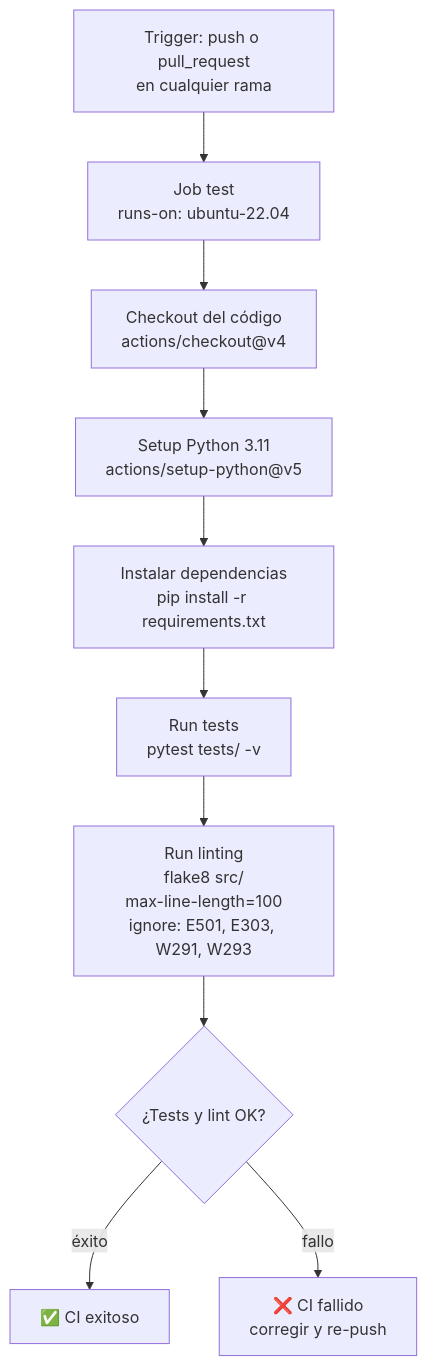
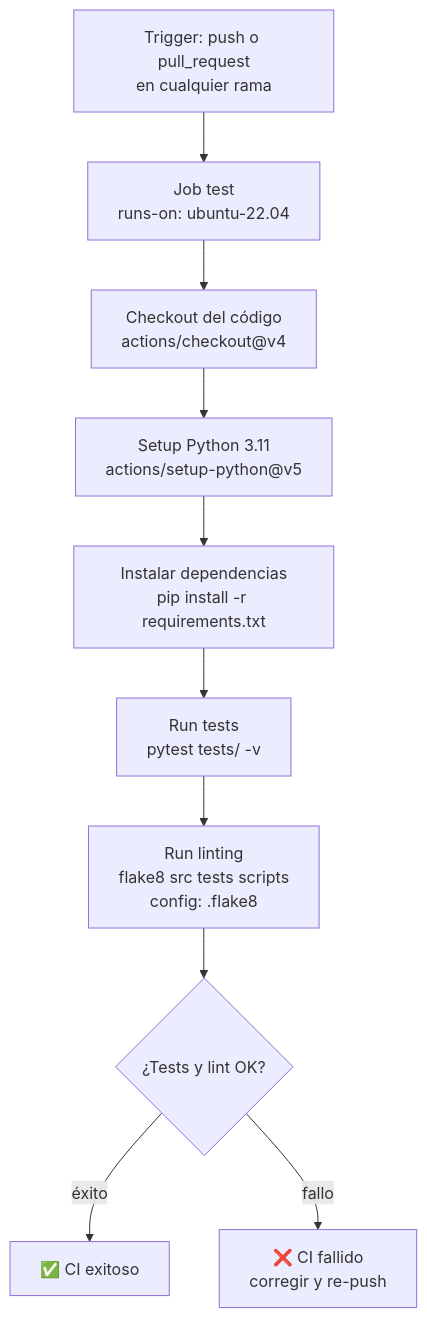
One commit to No-Country-simulation/G10-Latam-Equipo24-CommunityLab changed the diagram in docs/pipeline-ci.md. Above: the diagram before and after it, drawn with Mermaid. The commit also changed other lines of this file and 1 other file, not shown here.

Commit message:
docs(lint): actualizar README y pipeline-ci al alcance real de flake8
Los dos docs seguian documentando `flake8 src/` con los flags en la
linea de comandos del workflow. El alcance real es src, tests y scripts
y la config vive en .flake8, que es lo que hace este mismo PR.

````diff
--- a/docs/pipeline-ci.md
+++ b/docs/pipeline-ci.md
@@ -7,12 +7,12 @@
 ```mermaid
 flowchart TD
     A["Trigger: push o pull_request<br/>en cualquier rama"] --> B["Job test<br/>runs-on: ubuntu-22.04"]
     B --> C["Checkout del código<br/>actions/checkout@v4"]
     C --> D["Setup Python 3.11<br/>actions/setup-python@v5"]
     D --> E["Instalar dependencias<br/>pip install -r requirements.txt"]
     E --> F["Run tests<br/>pytest tests/ -v"]
-    F --> G["Run linting<br/>flake8 src/<br/>max-line-length=100<br/>ignore: E501, E303, W291, W293"]
+    F --> G["Run linting<br/>flake8 src tests scripts<br/>config: .flake8"]
     G --> H{"¿Tests y lint OK?"}
     H -- "éxito" --> I["✅ CI exitoso"]
     H -- "fallo" --> J["❌ CI fallido<br/>corregir y re-push"]
 ```
````
